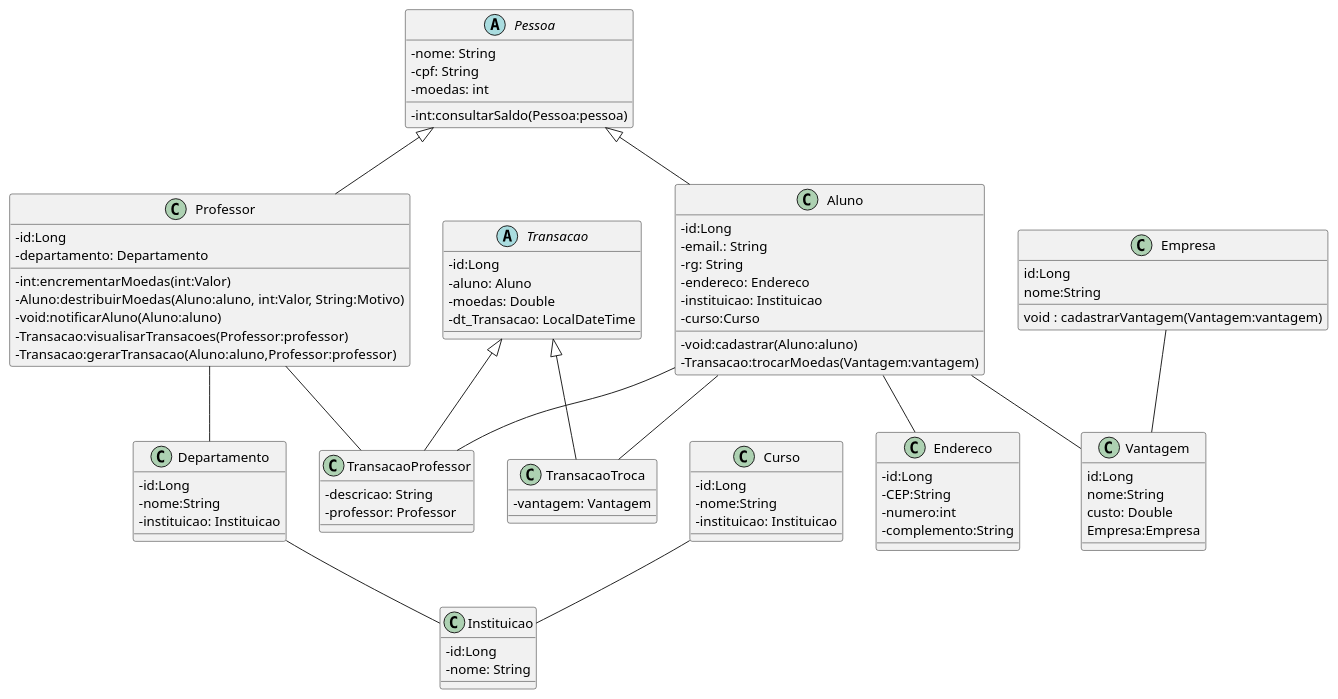
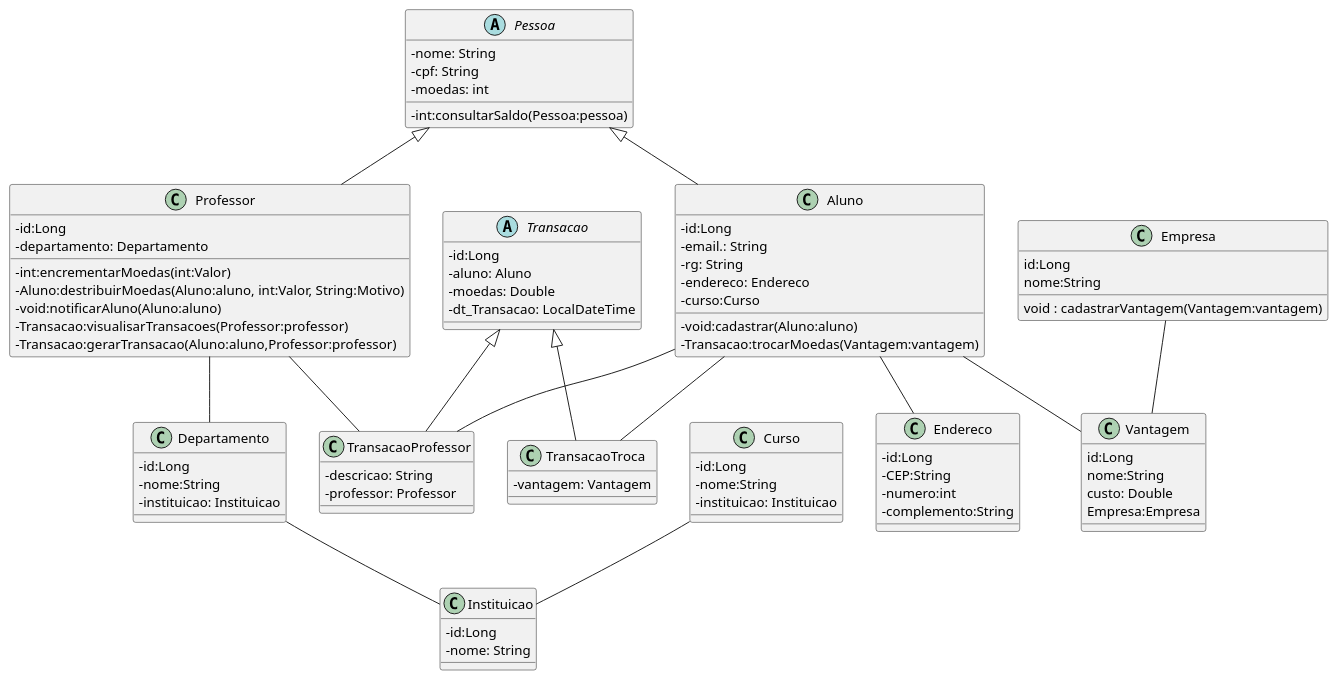
Before and after one commit to pedromaximocampos/LAB_03: the diagram in projeto/diagramaDeClasses.puml, drawn with PlantUML.

Commit message:
docs: diagrama de classe atualizado

```diff
--- a/projeto/diagramaDeClasses.puml
+++ b/projeto/diagramaDeClasses.puml
@@ -1,98 +1,97 @@
 @startuml
 skinparam classAttributeIconSize 0
 
 abstract class Pessoa{
 -nome: String
 -cpf: String
 -moedas: int
 -int:consultarSaldo(Pessoa:pessoa)
 }
 
 class Aluno extends Pessoa{
 -id:Long
 -email.: String
 -rg: String
 -endereco: Endereco
--instituicao: Instituicao
 -curso:Curso
 -void:cadastrar(Aluno:aluno)
 -Transacao:trocarMoedas(Vantagem:vantagem)
 }
 
 class Professor extends Pessoa{
 -id:Long
 -departamento: Departamento
 -int:encrementarMoedas(int:Valor)
 -Aluno:destribuirMoedas(Aluno:aluno, int:Valor, String:Motivo)
 -void:notificarAluno(Aluno:aluno)
 -Transacao:visualisarTransacoes(Professor:professor)
 -Transacao:gerarTransacao(Aluno:aluno,Professor:professor)
 }
 
 class Endereco{
 -id:Long
 -CEP:String
 -numero:int
 -complemento:String
 }
 
 class Instituicao{
 -id:Long
 -nome: String
 }
 
 class Departamento{
 -id:Long
 -nome:String
 -instituicao: Instituicao
 }
 
 class Curso{
 -id:Long
 -nome:String
 -instituicao: Instituicao
 }
 
 class TransacaoProfessor extends Transacao{
 -descricao: String
 -professor: Professor
 }
 
 class TransacaoTroca extends Transacao{
 -vantagem: Vantagem
 }
 
 abstract class Transacao{
 -id:Long
 -aluno: Aluno
 -moedas: Double
 -dt_Transacao: LocalDateTime
 }
 
 class Vantagem{
 id:Long
 nome:String
 custo: Double
 Empresa:Empresa
 }
 
 class Empresa{
 id:Long
 nome:String
 void : cadastrarVantagem(Vantagem:vantagem)
 }
 
 
 Aluno -- TransacaoProfessor
 Aluno -- Endereco
 Aluno -- Vantagem
 Aluno -- TransacaoTroca
 Empresa -- Vantagem
 Professor -- Departamento
 Professor -- TransacaoProfessor
 Departamento -- Instituicao
 Curso -- Instituicao
 
 
 
 @enduml
```
